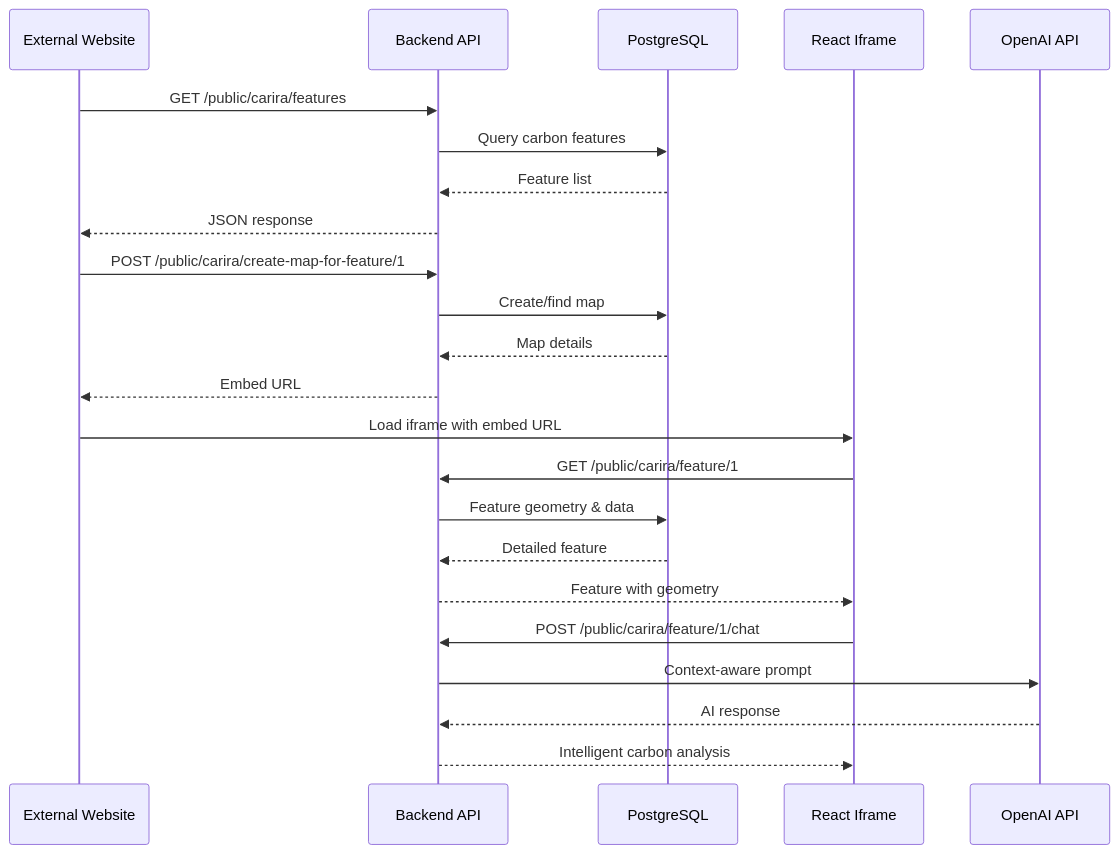
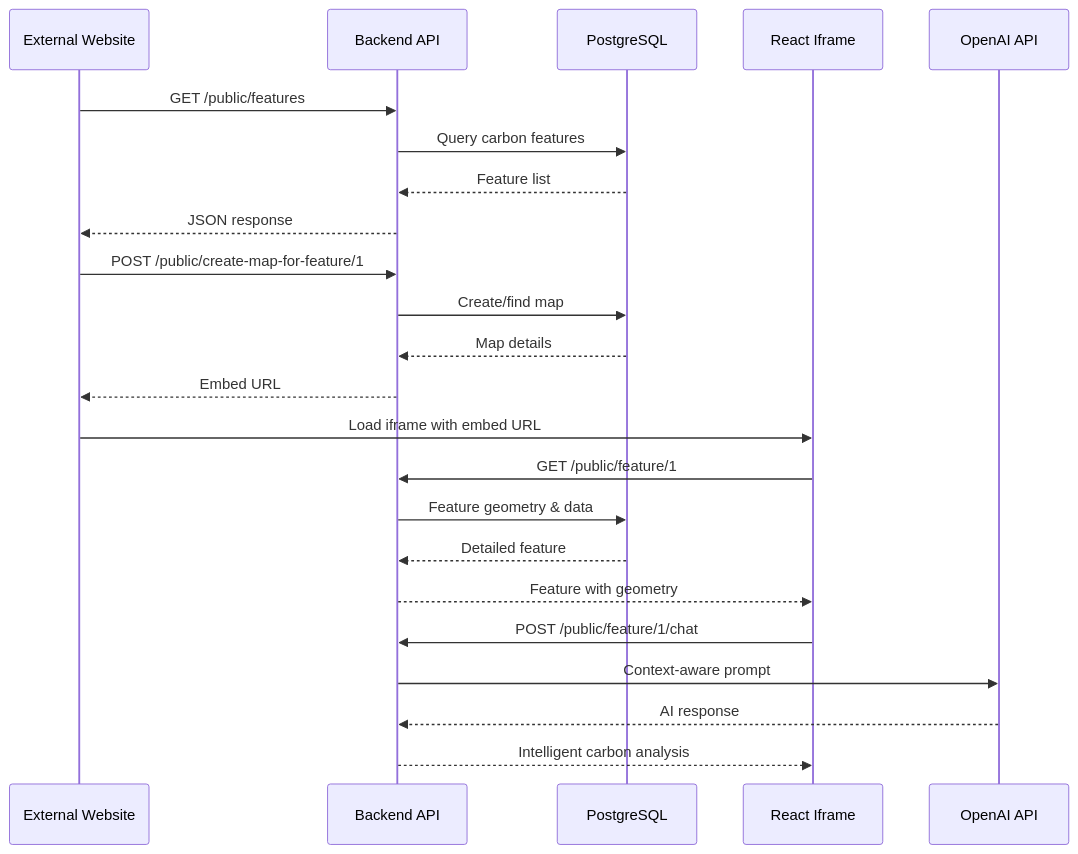
The diagram in README_ECOLEDGER.md (MCoelho222/mundi.ai-ecoledger), drawn with Mermaid before and after one commit. The commit also changed other lines of this file and 10 other files, not shown here.

````diff
--- a/README_ECOLEDGER.md
+++ b/README_ECOLEDGER.md
@@ -163,29 +163,29 @@
 ```mermaid
 sequenceDiagram
     participant EXT as External Website
     participant API as Backend API
     participant DB as PostgreSQL
     participant IFRAME as React Iframe
     participant OPENAI as OpenAI API
 
-    EXT->>API: GET /public/carira/features
+    EXT->>API: GET /public/features
     API->>DB: Query carbon features
     DB-->>API: Feature list
     API-->>EXT: JSON response
 
-    EXT->>API: POST /public/carira/create-map-for-feature/1
+    EXT->>API: POST /public/create-map-for-feature/1
     API->>DB: Create/find map
     DB-->>API: Map details
     API-->>EXT: Embed URL
 
     EXT->>IFRAME: Load iframe with embed URL
-    IFRAME->>API: GET /public/carira/feature/1
+    IFRAME->>API: GET /public/feature/1
     API->>DB: Feature geometry & data
     DB-->>API: Detailed feature
     API-->>IFRAME: Feature with geometry
 
-    IFRAME->>API: POST /public/carira/feature/1/chat
+    IFRAME->>API: POST /public/feature/1/chat
     API->>OPENAI: Context-aware prompt
     OPENAI-->>API: AI response
     API-->>IFRAME: Intelligent carbon analysis
 ```
````
